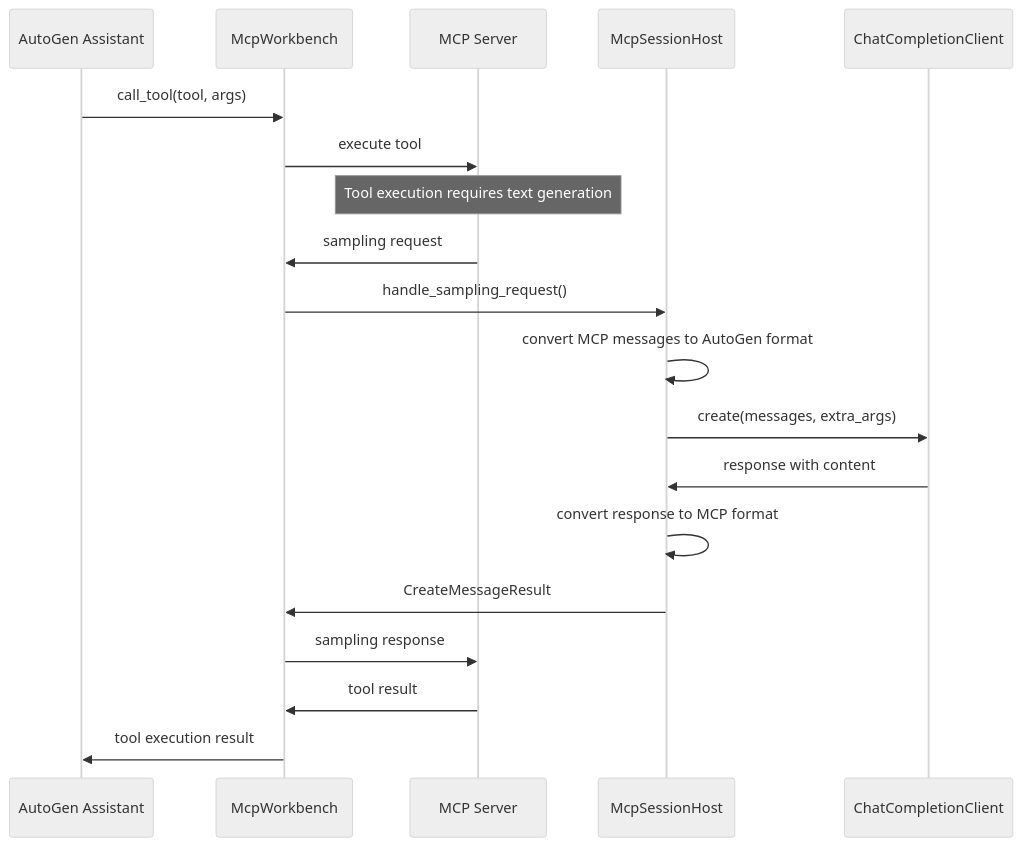
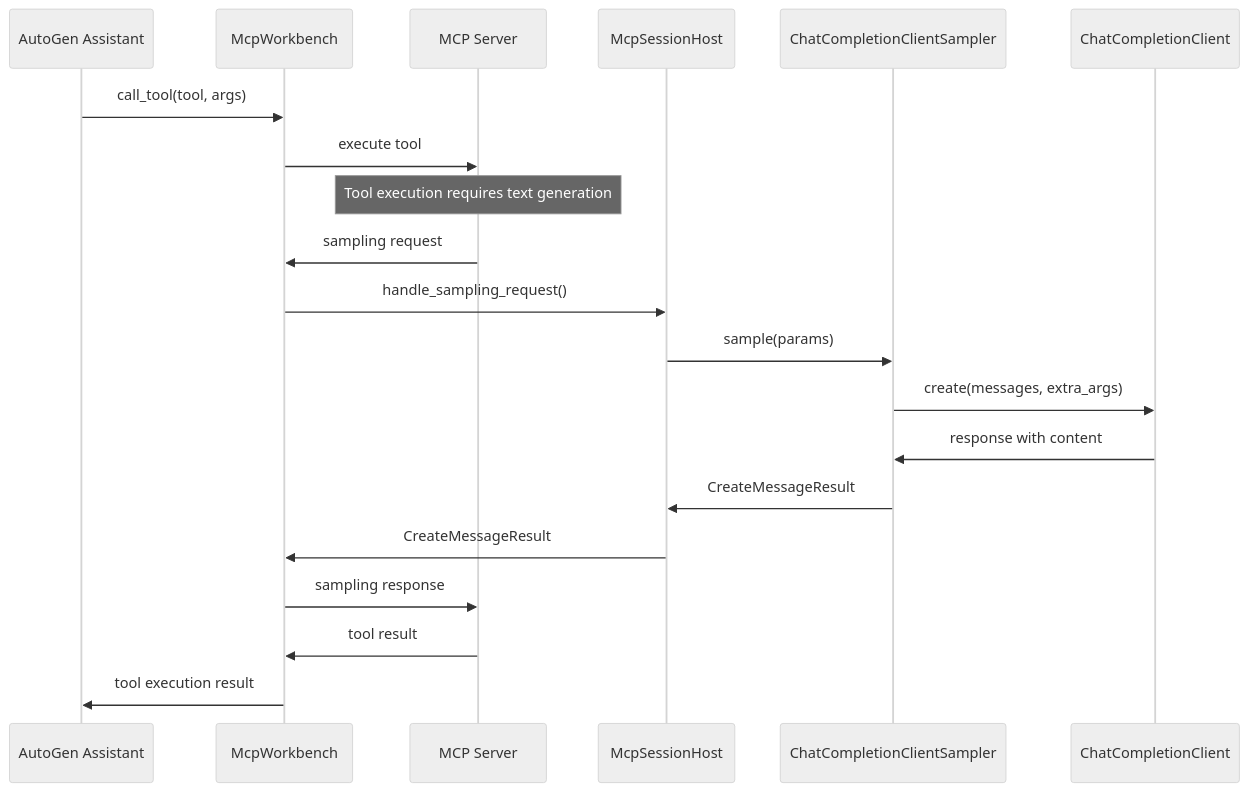
One commit to microsoft/autogen changed the third of 5 diagrams in python/packages/autogen-ext/src/autogen_ext/tools/mcp/_host/README.md. Above: the diagram before and after it, drawn with Mermaid (neutral theme). The commit also changed other lines of this file, not shown here.

Commit message:
Update mcp session host readme

````diff
--- a/python/packages/autogen-ext/src/autogen_ext/tools/mcp/_host/README.md
+++ b/python/packages/autogen-ext/src/autogen_ext/tools/mcp/_host/README.md
@@ -107,22 +87,23 @@
 ```mermaid
 sequenceDiagram
     participant Assistant as AutoGen Assistant
     participant Workbench as McpWorkbench
     participant Server as MCP Server
     participant Host as McpSessionHost
+    participant Sampler as ChatCompletionClientSampler
     participant ModelClient as ChatCompletionClient
 
     Assistant->>Workbench: call_tool(tool, args)
     Workbench->>Server: execute tool
     Note over Server: Tool execution requires text generation
     Server->>Workbench: sampling request
     Workbench->>Host: handle_sampling_request()
-    Host->>Host: convert MCP messages to AutoGen format
-    Host->>ModelClient: create(messages, extra_args)
-    ModelClient->>Host: response with content
-    Host->>Host: convert response to MCP format
+    Host->>Sampler: sample(params)
+    Sampler->>ModelClient: create(messages, extra_args)
+    ModelClient->>Sampler: response with content
+    Sampler->>Host: CreateMessageResult
     Host->>Workbench: CreateMessageResult
     Workbench->>Server: sampling response
     Server->>Workbench: tool result
     Workbench->>Assistant: tool execution result
 ```
````
